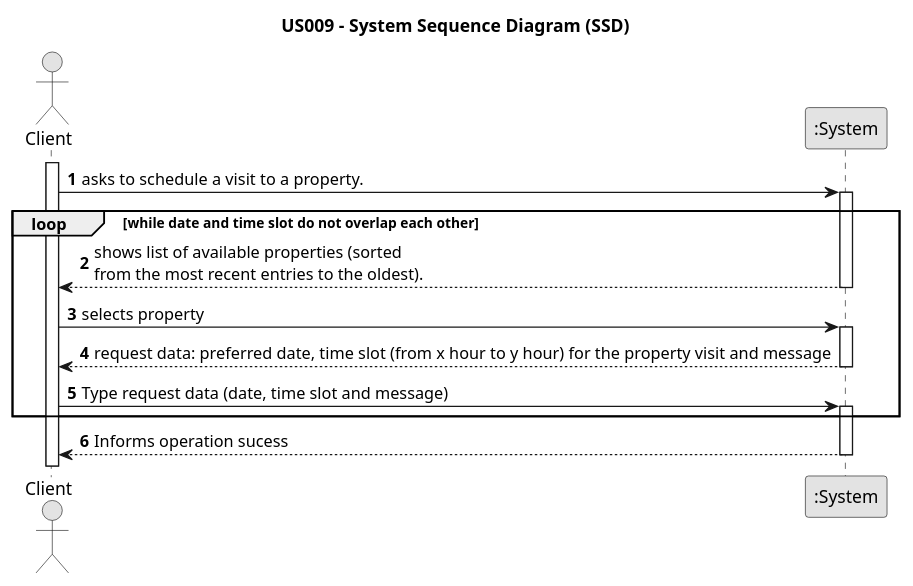
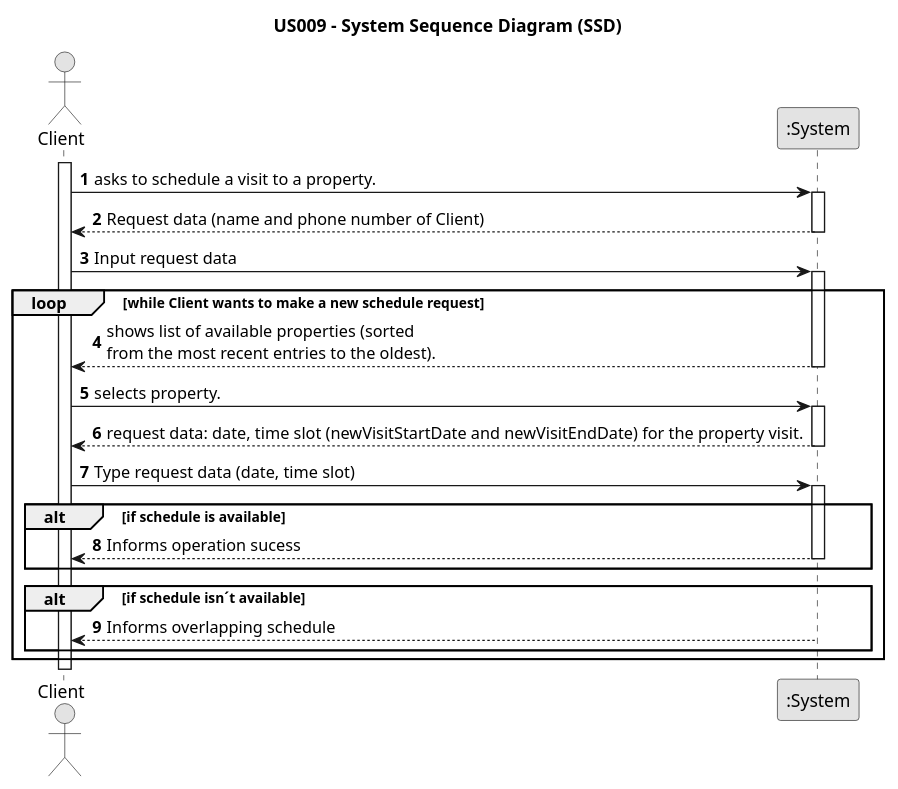
The diagram in docs/sprintD/us009/01.requirements-engineering/puml/us009-system-sequence-diagram.puml (1220812/LAPR2), drawn with PlantUML before and after one commit. The commit also changed 2 other files, not shown here.

Commit message:
US009 SSD and SD and ScheduleVisitUI

```diff
--- a/docs/sprintD/us009/01.requirements-engineering/puml/us009-system-sequence-diagram.puml
+++ b/docs/sprintD/us009/01.requirements-engineering/puml/us009-system-sequence-diagram.puml
@@ -1,43 +1,56 @@
 @startuml
 skinparam monochrome true
 skinparam packageStyle rectangle
 skinparam shadowing false
 
 title US009 - System Sequence Diagram (SSD)
 
 autonumber
 
 actor "Client" as Customer
 participant ":System" as System
 
 activate Customer
 
     Customer -> System : asks to schedule a visit to a property.
-
     activate System
 
-    loop while date and time slot do not overlap each other
+    System --> Customer : Request data (name and phone number of Client)
+    deactivate System
+
+    Customer -> System : Input request data
+    activate System
+
+    loop while Client wants to make a new schedule request
 
     System --> Customer : shows list of available properties (sorted \nfrom the most recent entries to the oldest).
 
     deactivate System
 
-    Customer -> System : selects property
+    Customer -> System : selects property.
     activate System
 
-    System --> Customer : request data: preferred date, time slot (from x hour to y hour) for the property visit and message
+    System --> Customer : request data: date, time slot (newVisitStartDate and newVisitEndDate) for the property visit.
 
     deactivate System
 
-    Customer -> System : Type request data (date, time slot and message)
+    Customer -> System : Type request data (date, time slot)
 
     activate System
 
+    alt if schedule is available
+       System --> Customer : Informs operation sucess
+    deactivate System
+    end
+    alt if schedule isn´t available
+    System --> Customer : Informs overlapping schedule
     end
 
-            System --> Customer : Informs operation sucess
-    deactivate System
+    end
+
+
+
 
 
 
 @enduml
```
